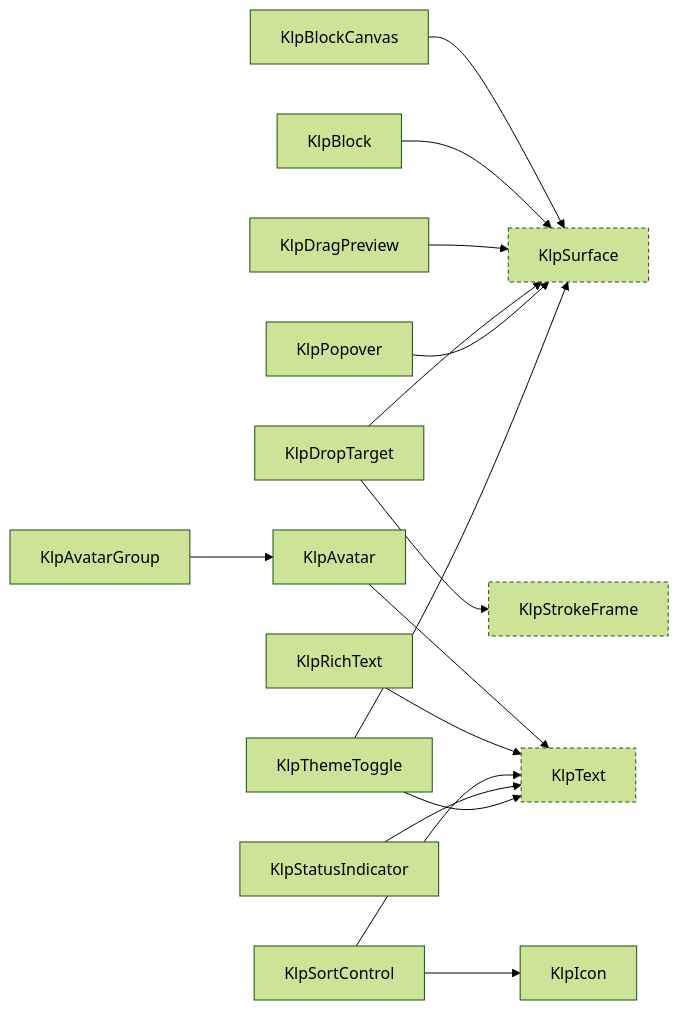
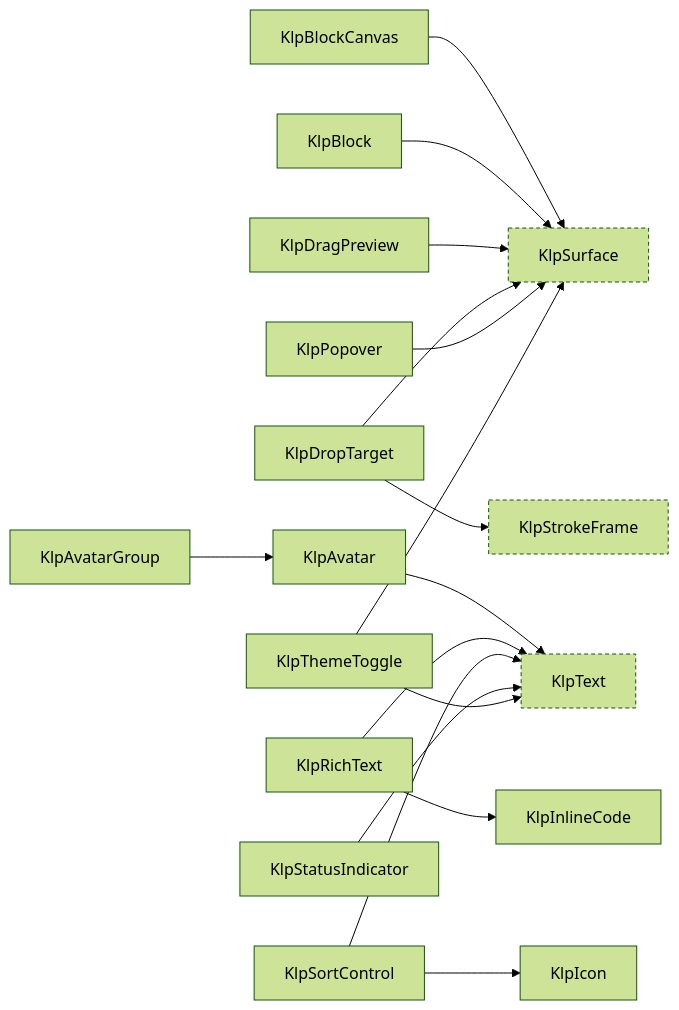
One commit to MiuDog/Kallopis changed the third of 16 diagrams in spec/component-inventory.md. Above: the diagram before and after it, drawn with Mermaid (forest theme). The commit also changed other lines of this file and 17 other files, not shown here.

````diff
--- a/spec/component-inventory.md
+++ b/spec/component-inventory.md
@@ -188,33 +192,35 @@
 ```mermaid
 graph LR
   KlpAvatar["KlpAvatar"]
   KlpAvatarGroup["KlpAvatarGroup"]
   KlpBlock["KlpBlock"]
   KlpBlockCanvas["KlpBlockCanvas"]
   KlpDragPreview["KlpDragPreview"]
   KlpDropTarget["KlpDropTarget"]
   KlpIcon["KlpIcon"]
+  KlpInlineCode["KlpInlineCode"]
   KlpPopover["KlpPopover"]
   KlpRichText["KlpRichText"]
   KlpSortControl["KlpSortControl"]
   KlpStatusIndicator["KlpStatusIndicator"]
   KlpStrokeFrame["KlpStrokeFrame"]:::external
   KlpSurface["KlpSurface"]:::external
   KlpText["KlpText"]:::external
   KlpThemeToggle["KlpThemeToggle"]
   KlpAvatarGroup --> KlpAvatar
   KlpAvatar --> KlpText
   KlpBlockCanvas --> KlpSurface
   KlpBlock --> KlpSurface
   KlpDragPreview --> KlpSurface
   KlpDropTarget --> KlpStrokeFrame
   KlpDropTarget --> KlpSurface
   KlpPopover --> KlpSurface
+  KlpRichText --> KlpInlineCode
   KlpRichText --> KlpText
   KlpSortControl --> KlpIcon
   KlpSortControl --> KlpText
   KlpStatusIndicator --> KlpText
   KlpThemeToggle --> KlpSurface
   KlpThemeToggle --> KlpText
   classDef external stroke-dasharray: 4 3;
 ```
````
